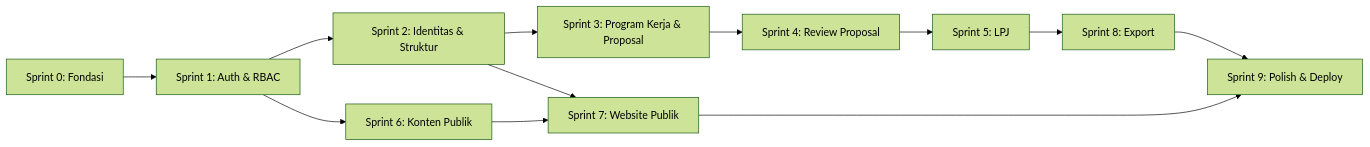
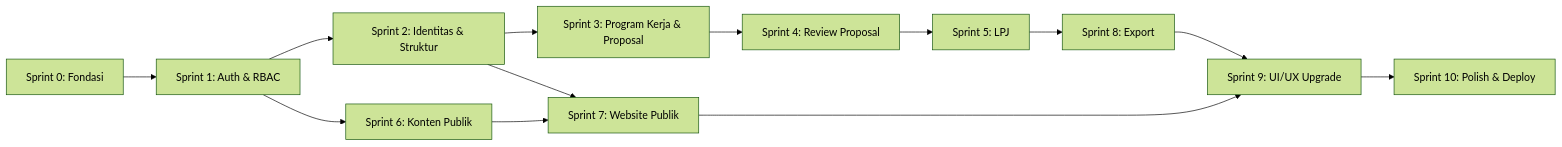
The diagram in SPRINTS.md (awaaaaja/Sistem-Integrasi-Manajemen-Organisasi-Mahasiswa), drawn with Mermaid (forest theme) before and after one commit. The commit also changed other lines of this file and 24 other files, not shown here.

Commit message:
feat: Sprint 9 UI/UX upgrade web publik & login (EB Garamond, dark mode, mobile nav, editorial redesign)

````diff
--- a/SPRINTS.md
+++ b/SPRINTS.md
@@ -304,14 +333,15 @@
 ```mermaid
 flowchart LR
     S0[Sprint 0: Fondasi] --> S1[Sprint 1: Auth & RBAC]
     S1 --> S2[Sprint 2: Identitas & Struktur]
     S2 --> S3[Sprint 3: Program Kerja & Proposal]
     S3 --> S4[Sprint 4: Review Proposal]
     S4 --> S5[Sprint 5: LPJ]
     S1 --> S6[Sprint 6: Konten Publik]
     S2 --> S7[Sprint 7: Website Publik]
     S6 --> S7
     S5 --> S8[Sprint 8: Export]
-    S7 --> S9[Sprint 9: Polish & Deploy]
+    S7 --> S9[Sprint 9: UI/UX Upgrade]
     S8 --> S9
+    S9 --> S10[Sprint 10: Polish & Deploy]
 ```
````
